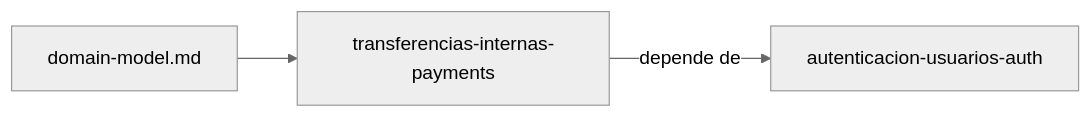
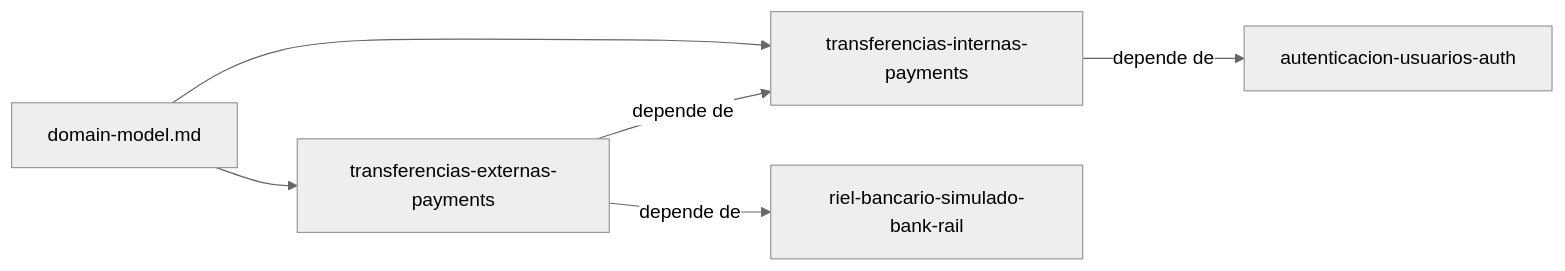
One commit to pablo3dev/rueba-pagos-flux-one changed the diagram in .makia/docs/specs/services/payments/INDEX.md. Above: the diagram before and after it, drawn with Mermaid (neutral theme). The commit also changed other lines of this file and 3 other files, not shown here.

Commit message:
makia(transferencias-externas-payments): spec — diseño, tareas, summary e índice aprobado

````diff
--- a/.makia/docs/specs/services/payments/INDEX.md
+++ b/.makia/docs/specs/services/payments/INDEX.md
@@ -7,9 +7,14 @@
 ```mermaid
 graph LR
   DM[domain-model.md]
   TIP[transferencias-internas-payments]
+  TEP[transferencias-externas-payments]
   AUTH[autenticacion-usuarios-auth]
+  RAIL[riel-bancario-simulado-bank-rail]
 
   DM --> TIP
+  DM --> TEP
   TIP -->|depende de| AUTH
+  TEP -->|depende de| TIP
+  TEP -->|depende de| RAIL
 ```
````
